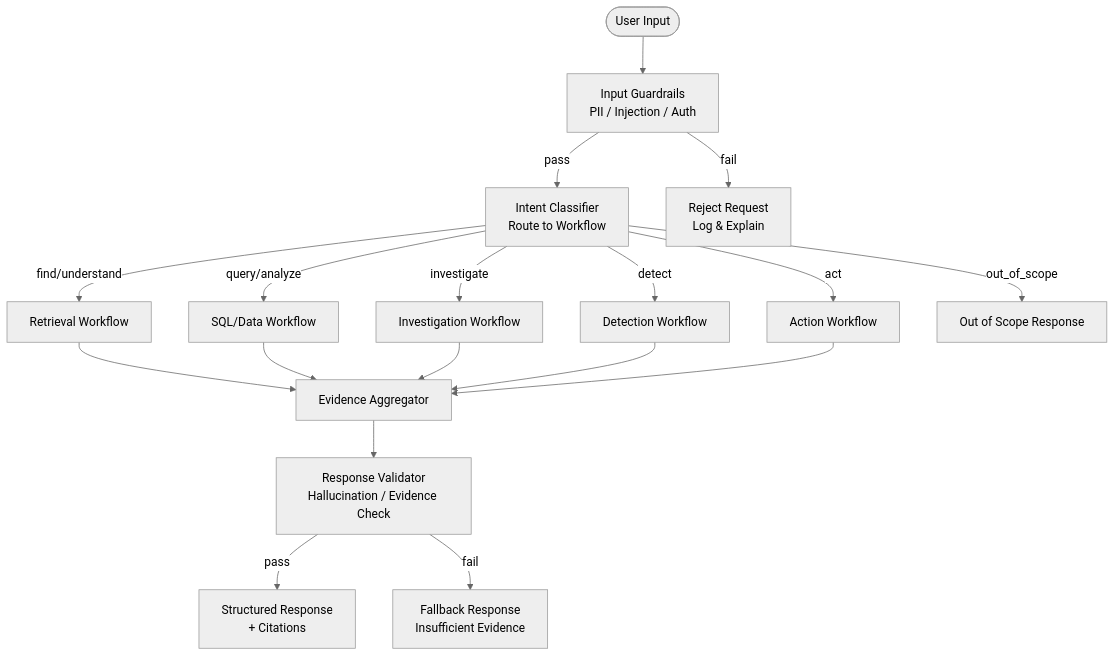
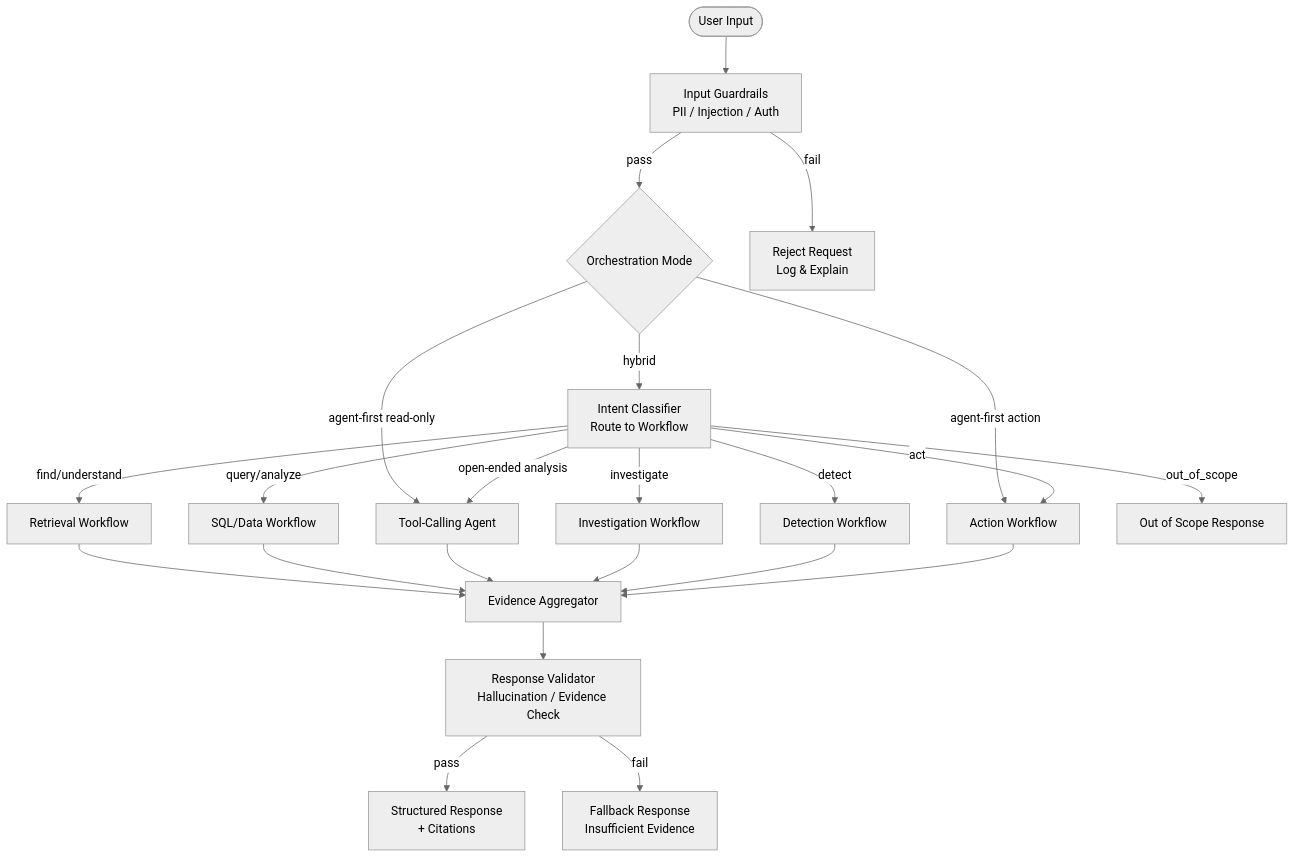
The third of 13 diagrams in docs/architecture/DESIGN.md (bora-arda/Enterprise-AI-Operations-Platform), drawn with Mermaid (neutral theme) before and after one commit. The commit also changed other lines of this file and 47 other files, not shown here.

First line of the commit message:
feat: ship agent-first procurement intelligence

````diff
--- a/docs/architecture/DESIGN.md
+++ b/docs/architecture/DESIGN.md
@@ -298,23 +303,28 @@
 ```mermaid
 graph TD
     START([User Input]) --> GUARD[Input Guardrails<br/>PII / Injection / Auth]
-    GUARD -->|pass| INTENT[Intent Classifier<br/>Route to Workflow]
+    GUARD -->|pass| MODE{Orchestration Mode}
     GUARD -->|fail| REJECT[Reject Request<br/>Log & Explain]
+    MODE -->|agent-first read-only| AGENT
+    MODE -->|agent-first action| ACTION
+    MODE -->|hybrid| INTENT[Intent Classifier<br/>Route to Workflow]
 
     INTENT -->|find/understand| RETRIEVAL[Retrieval Workflow]
     INTENT -->|query/analyze| SQL[SQL/Data Workflow]
+    INTENT -->|open-ended analysis| AGENT[Tool-Calling Agent]
     INTENT -->|investigate| INVESTIGATION[Investigation Workflow]
     INTENT -->|detect| DETECTION[Detection Workflow]
     INTENT -->|act| ACTION[Action Workflow]
     INTENT -->|out_of_scope| OOS[Out of Scope Response]
 
     RETRIEVAL --> EVIDENCE[Evidence Aggregator]
     SQL --> EVIDENCE
+    AGENT --> EVIDENCE
     INVESTIGATION --> EVIDENCE
     DETECTION --> EVIDENCE
     ACTION --> EVIDENCE
 
     EVIDENCE --> VALIDATE[Response Validator<br/>Hallucination / Evidence Check]
     VALIDATE -->|pass| OUTPUT[Structured Response<br/>+ Citations]
     VALIDATE -->|fail| FALLBACK[Fallback Response<br/>Insufficient Evidence]
 ```
````
